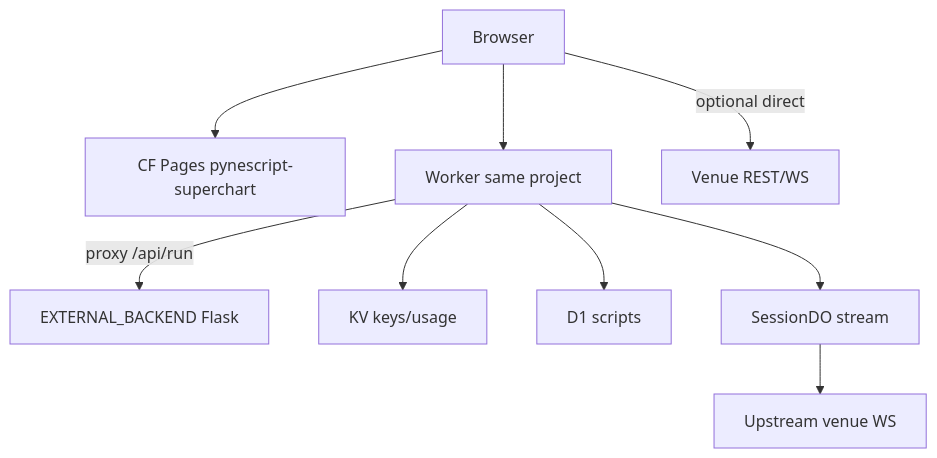
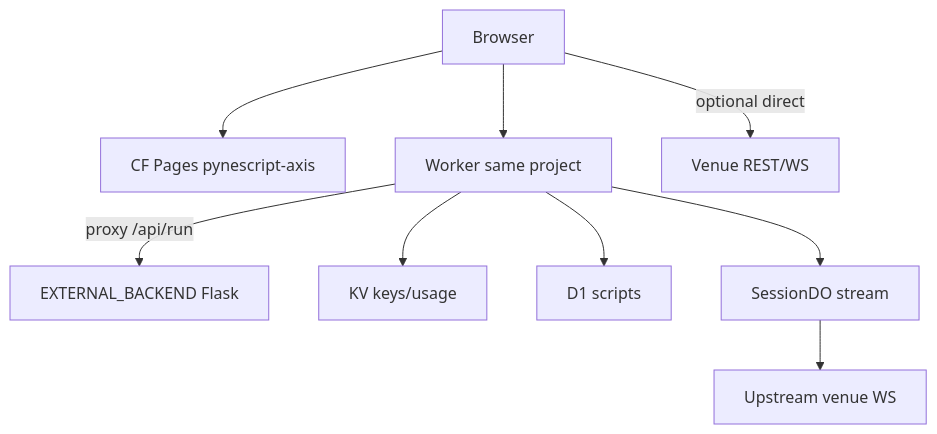
Before and after one commit to hoox-sh/axis: the third of 4 diagrams in docs/architecture/topologies.mdx, drawn with Mermaid. The commit also changed other lines of this file and 55 other files, not shown here.

````diff
--- a/docs/architecture/topologies.mdx
+++ b/docs/architecture/topologies.mdx
@@ -76,11 +76,11 @@
 ```mermaid
 flowchart TB
-  U[Browser] --> P[CF Pages pynescript-superchart]
+  U[Browser] --> P[CF Pages pynescript-axis]
   U --> W[Worker same project]
   W -->|proxy /api/run| F[EXTERNAL_BACKEND Flask]
   W --> KV[KV keys/usage]
   W --> D1[D1 scripts]
   W --> DO[SessionDO stream]
   DO --> UP[Upstream venue WS]
   U -->|optional direct| BN[Venue REST/WS]
 ```
````
